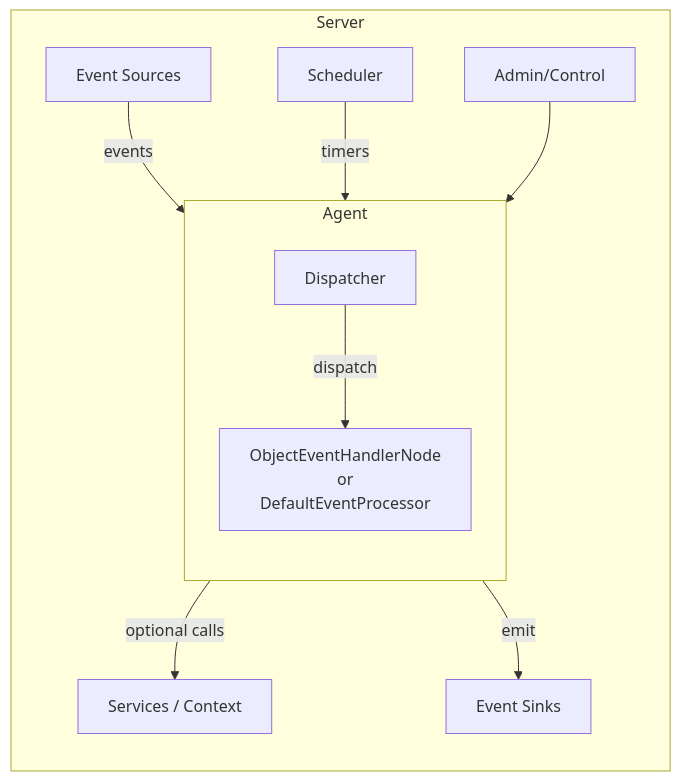
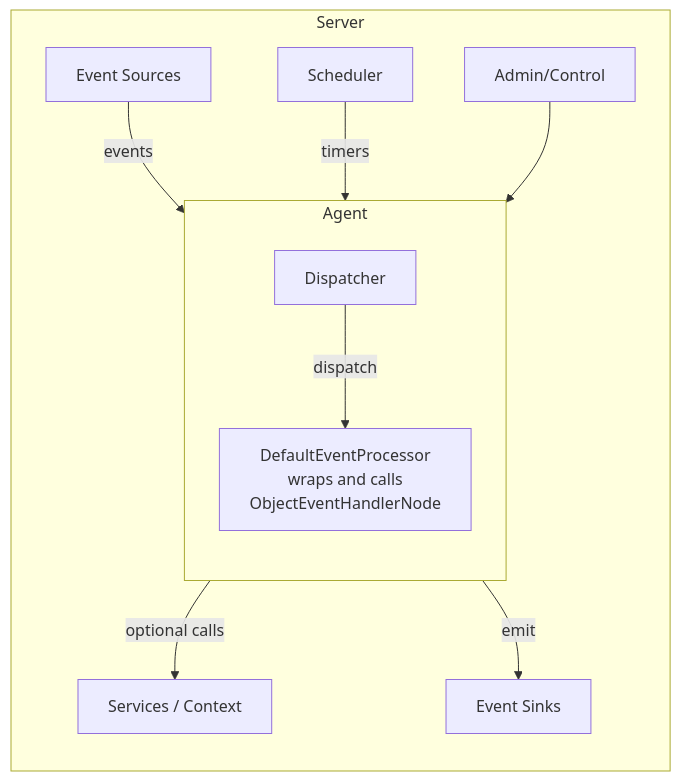
Before and after one commit to gregv12/fluxtion-server: the diagram in docs/overview/event-processing-architecture.md, drawn with Mermaid. The commit also changed other lines of this file and 3 other files, not shown here.

Commit message:
enhance event processing architecture documentation with new diagram, audience clarity, threading details, and code examples; update services and plugin guides for consistency; refine mkdocs.yml structure for better navigation

````diff
--- a/docs/overview/event-processing-architecture.md
+++ b/docs/overview/event-processing-architecture.md
@@ -97,17 +27,17 @@
 ```mermaid
 flowchart TB
     subgraph Server
       direction TB
       ES[Event Sources] -->|events| DISP[Dispatcher]
       SCHED[Scheduler] -->|timers| DISP
       ADMIN[Admin/Control] --> DISP
 
       subgraph Agent
         direction TB
-        DISP -->|dispatch| HANDLER[ObjectEventHandlerNode<br>or<br>DefaultEventProcessor]
+        DISP -->|dispatch| HANDLER[DefaultEventProcessor<br>wraps and calls<br>ObjectEventHandlerNode]
       end
 
       HANDLER -->|optional calls| SVC[Services / Context]
       HANDLER -->|emit| SINKS[Event Sinks]
     end
 ```
````
